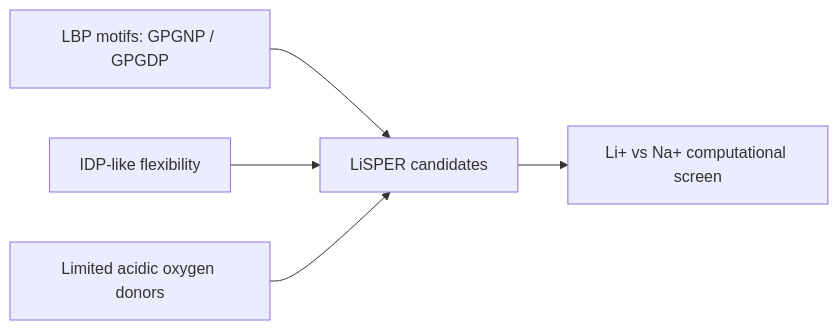
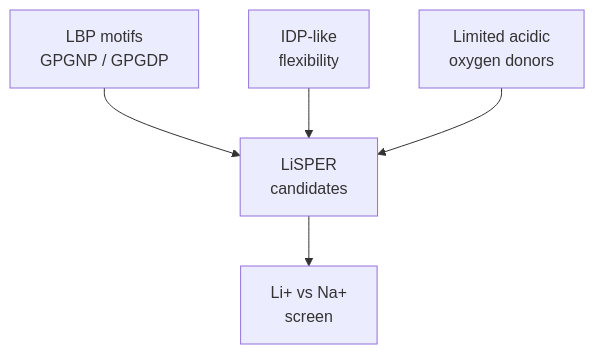
The diagram in 01_computational_discovery/sequences/README.md (jackyissocute/LiSPER), drawn with Mermaid before and after one commit. The commit also changed 64 other files, not shown here.

````diff
--- a/01_computational_discovery/sequences/README.md
+++ b/01_computational_discovery/sequences/README.md
@@ -15,7 +15,16 @@
 ```mermaid
-flowchart LR
-    A["LBP motifs: GPGNP / GPGDP"] --> D["LiSPER candidates"]
-    B["IDP-like flexibility"] --> D
-    C["Limited acidic oxygen donors"] --> D
-    D --> E["Li+ vs Na+ computational screen"]
+flowchart TD
+    accTitle: Candidate Design Inputs
+    accDescr: LiSPER candidate sequences combine lithium-binding motif precedent, IDP-like flexibility, and limited acidic oxygen donors before Li versus Na screening.
+
+    lbp["LBP motifs<br/>GPGNP / GPGDP"]
+    idp["IDP-like<br/>flexibility"]
+    donors["Limited acidic<br/>oxygen donors"]
+    candidates["LiSPER<br/>candidates"]
+    screen["Li+ vs Na+<br/>screen"]
+
+    lbp --> candidates
+    idp --> candidates
+    donors --> candidates
+    candidates --> screen
 ```
````
